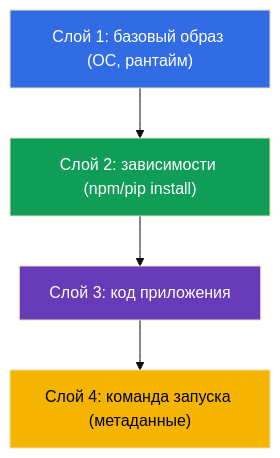
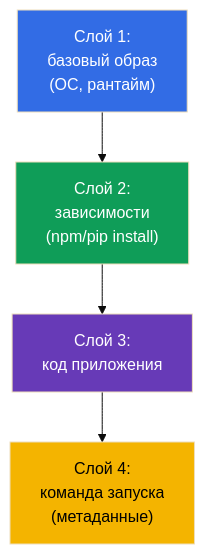
The first of 5 diagrams in tasks/cka/course/23/ru.md (ViktorUJ/cks), drawn with Mermaid (base theme) before and after one commit. The commit also changed other lines of this file and 30 other files, not shown here.

````diff
--- a/tasks/cka/course/23/ru.md
+++ b/tasks/cka/course/23/ru.md
@@ -18,12 +18,12 @@
 ```mermaid
 flowchart TB
-    l4["Слой 4: команда запуска (метаданные)"]
-    l3["Слой 3: код приложения"]
-    l2["Слой 2: зависимости (npm/pip install)"]
-    l1["Слой 1: базовый образ (ОС, рантайм)"]
+    l4["Слой 4:<br>команда запуска<br>(метаданные)"]
+    l3["Слой 3:<br>код приложения"]
+    l2["Слой 2:<br>зависимости<br>(npm/pip install)"]
+    l1["Слой 1:<br>базовый образ<br>(ОС, рантайм)"]
     l1 --> l2 --> l3 --> l4
     style l1 fill:#326ce5,color:#fff
     style l2 fill:#0f9d58,color:#fff
     style l3 fill:#673ab7,color:#fff
     style l4 fill:#f4b400,color:#000
 ```
````
